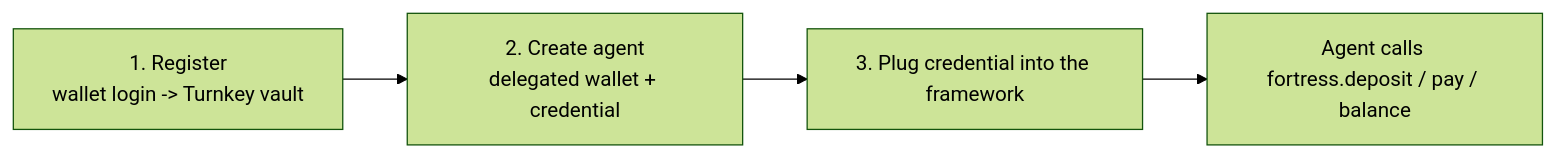
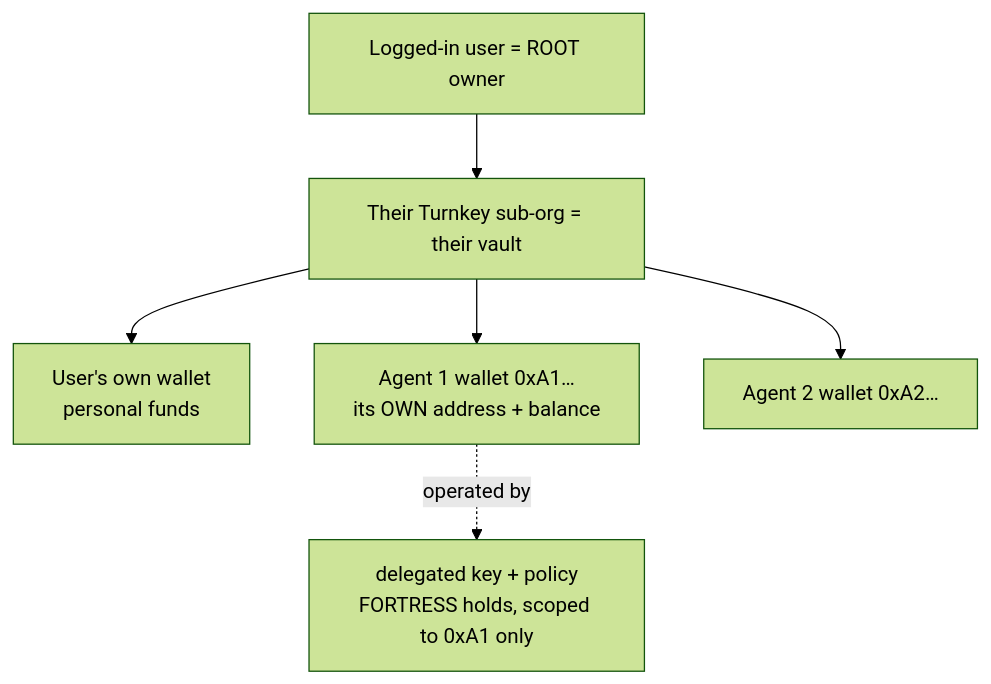
The second of 8 diagrams in README.md (itsme-boii/archetectures), drawn with Mermaid (forest theme) before and after one commit. The commit also changed other lines of this file, not shown here.

Commit message:
Update README: add account model + 5 creation flows + per-platform connect/deposit/pay flows

````diff
--- a/README.md
+++ b/README.md
@@ -76,6 +58,8 @@
 ```mermaid
-graph LR
-    S1[1. Register<br/>wallet login -> Turnkey vault] --> S2[2. Create agent<br/>delegated wallet + credential]
-    S2 --> S3[3. Plug credential into the framework]
-    S3 --> S4[Agent calls fortress.deposit / pay / balance]
+graph TB
+    U[Logged-in user = ROOT owner] --> SO[Their Turnkey sub-org = their vault]
+    SO --> UW[User's own wallet<br/>personal funds]
+    SO --> A1[Agent 1 wallet 0xA1…<br/>its OWN address + balance]
+    SO --> A2[Agent 2 wallet 0xA2…]
+    A1 -. operated by .-> DK[delegated key + policy<br/>FORTRESS holds, scoped to 0xA1 only]
 ```
````
